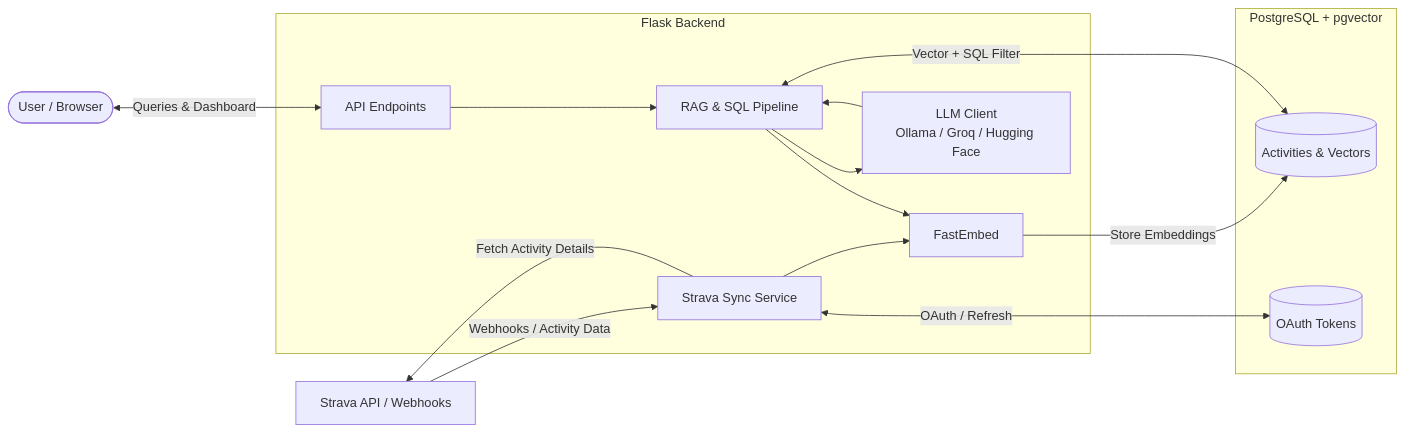
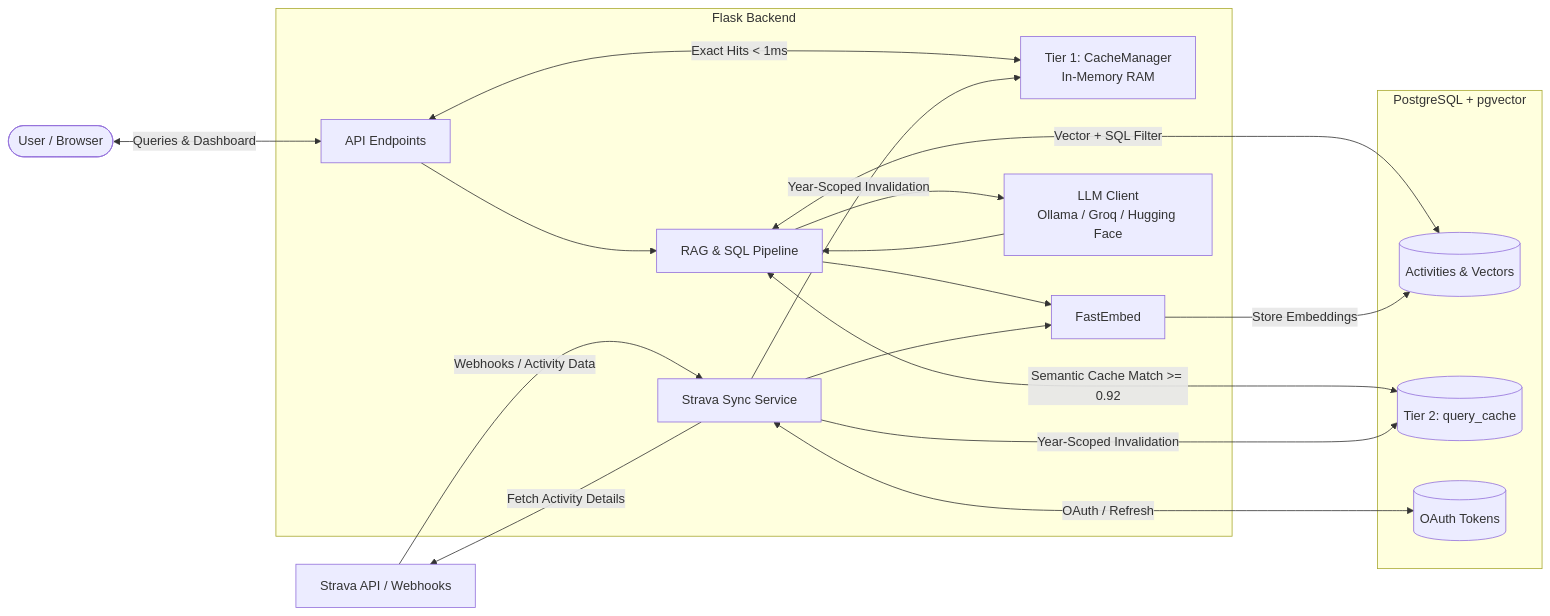
The first of 3 diagrams in readme.md (pugmarx/strava-insights-rag), drawn with Mermaid before and after one commit. The commit also changed other lines of this file and 1 other file, not shown here.

Commit message:
docs: add sequence diagrams for two-tier caching and smart invalidation

````diff
--- a/readme.md
+++ b/readme.md
@@ -11,30 +11,36 @@
 ```mermaid
 flowchart LR
     User([User / Browser])
     Strava[Strava API / Webhooks]
 
     subgraph Backend ["Flask Backend"]
         API[API Endpoints]
+        Cache[Tier 1: CacheManager<br/>In-Memory RAM]
         Embed[FastEmbed]
         RAG[RAG & SQL Pipeline]
         Sync[Strava Sync Service]
         LLM[LLM Client<br/>Ollama / Groq / Hugging Face]
     end
 
     subgraph Storage ["PostgreSQL + pgvector"]
         DB[(Activities & Vectors)]
+        DBCache[(Tier 2: query_cache)]
         Tokens[(OAuth Tokens)]
     end
 
     User <-->|Queries & Dashboard| API
+    API <-->|Exact Hits < 1ms| Cache
+    API --> RAG
+    RAG <-->|Semantic Cache Match >= 0.92| DBCache
+    RAG --> Embed
+    RAG <-->|Vector + SQL Filter| DB
+    RAG --> LLM
+    LLM --> RAG
     Strava -->|Webhooks / Activity Data| Sync
     Sync <-->|OAuth / Refresh| Tokens
     Sync -->|Fetch Activity Details| Strava
     Sync --> Embed
     Embed -->|Store Embeddings| DB
-    API --> RAG
-    RAG --> Embed
-    RAG <-->|Vector + SQL Filter| DB
-    RAG --> LLM
-    LLM --> RAG
+    Sync -->|Year-Scoped Invalidation| Cache
+    Sync -->|Year-Scoped Invalidation| DBCache
 ```
````
